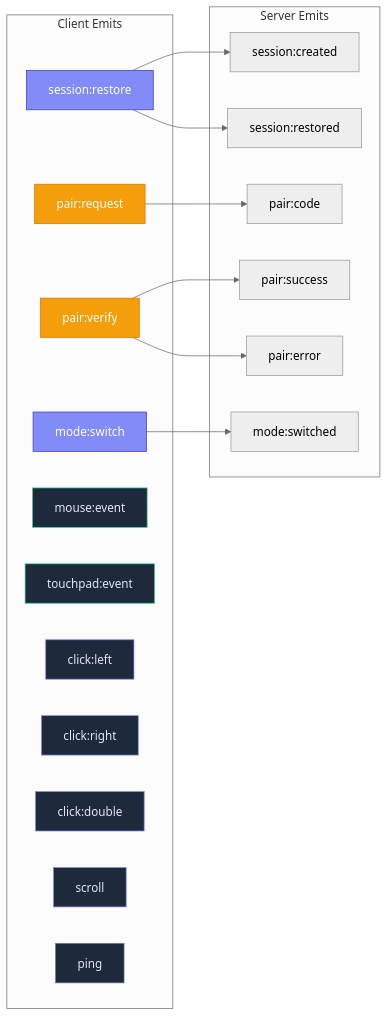
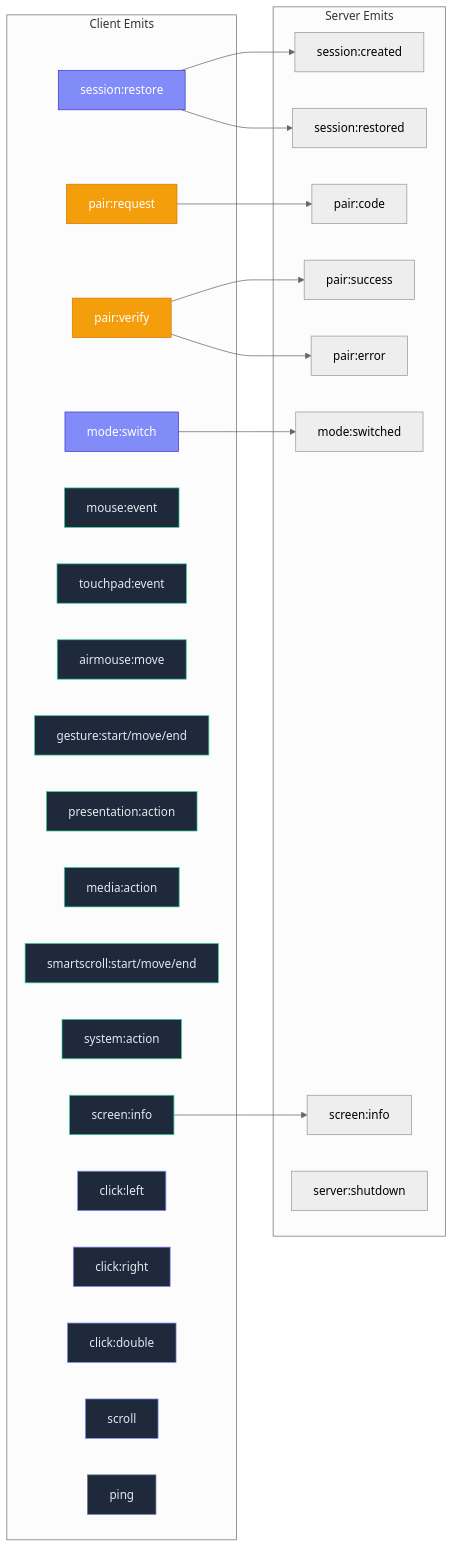
Before and after one commit to learnerforge/Remote_Mouse: the second of 6 diagrams in wiki/03-API-Reference.md, drawn with Mermaid (neutral theme). The commit also changed other lines of this file and 24 other files, not shown here.

````diff
--- a/wiki/03-API-Reference.md
+++ b/wiki/03-API-Reference.md
@@ -356,43 +640,60 @@
 ```mermaid
 flowchart LR
     subgraph "Client Emits"
         SR["session:restore"]
         PR["pair:request"]
         PV["pair:verify"]
         MS["mode:switch"]
         ME["mouse:event"]
         TE["touchpad:event"]
+        AM["airmouse:move"]
+        GA["gesture:start/move/end"]
+        PA["presentation:action"]
+        MA["media:action"]
+        SS["smartscroll:start/move/end"]
+        SY["system:action"]
+        SI["screen:info"]
         CL["click:left"]
         CR["click:right"]
         CD["click:double"]
         SC["scroll"]
         PI["ping"]
     end
     subgraph "Server Emits"
         SCr["session:created"]
         SRe["session:restored"]
         PC["pair:code"]
         PS["pair:success"]
         PE["pair:error"]
         MSw["mode:switched"]
+        SIn["screen:info"]
+        SSh["server:shutdown"]
     end
 
     SR --> SCr
     SR --> SRe
     PR --> PC
     PV --> PS
     PV --> PE
     MS --> MSw
+    SI --> SIn
 
     style CL fill:#1e293b,stroke:#818cf8,color:#e2e8f0
     style CR fill:#1e293b,stroke:#818cf8,color:#e2e8f0
     style CD fill:#1e293b,stroke:#818cf8,color:#e2e8f0
     style SC fill:#1e293b,stroke:#818cf8,color:#e2e8f0
     style ME fill:#1e293b,stroke:#34d399,color:#e2e8f0
     style TE fill:#1e293b,stroke:#34d399,color:#e2e8f0
+    style AM fill:#1e293b,stroke:#34d399,color:#e2e8f0
+    style GA fill:#1e293b,stroke:#34d399,color:#e2e8f0
+    style PA fill:#1e293b,stroke:#34d399,color:#e2e8f0
+    style MA fill:#1e293b,stroke:#34d399,color:#e2e8f0
+    style SS fill:#1e293b,stroke:#34d399,color:#e2e8f0
+    style SY fill:#1e293b,stroke:#34d399,color:#e2e8f0
+    style SI fill:#1e293b,stroke:#34d399,color:#e2e8f0
     style PI fill:#1e293b,stroke:#64748b,color:#e2e8f0
     style SR fill:#818cf8,stroke:#4338ca,color:#fff
     style PR fill:#f59e0b,stroke:#d97706,color:#fff
     style PV fill:#f59e0b,stroke:#d97706,color:#fff
     style MS fill:#818cf8,stroke:#4338ca,color:#fff
 ```
````
